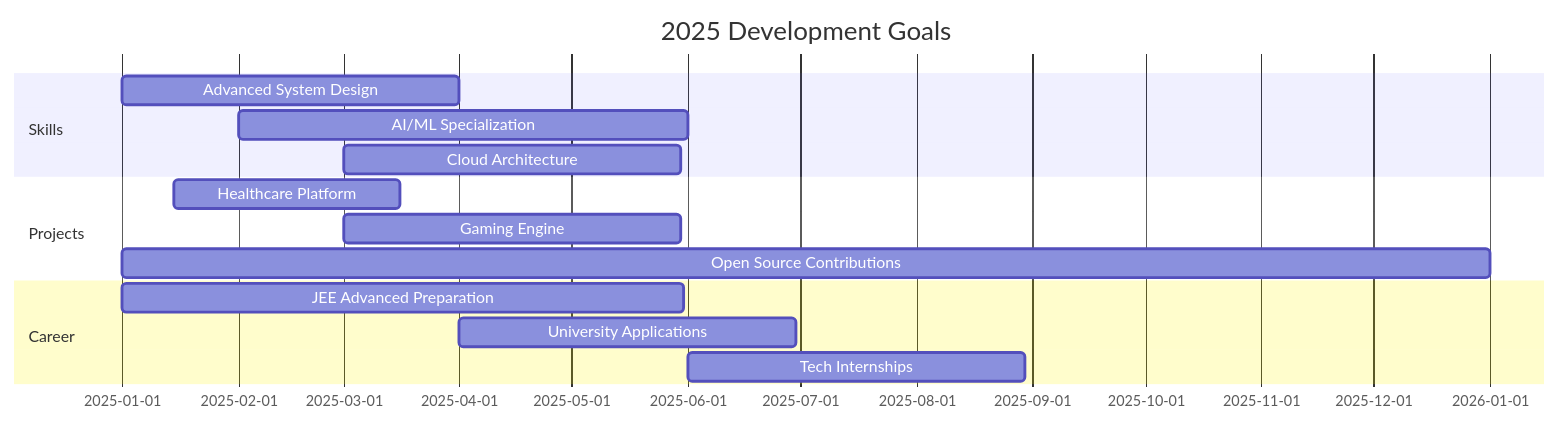
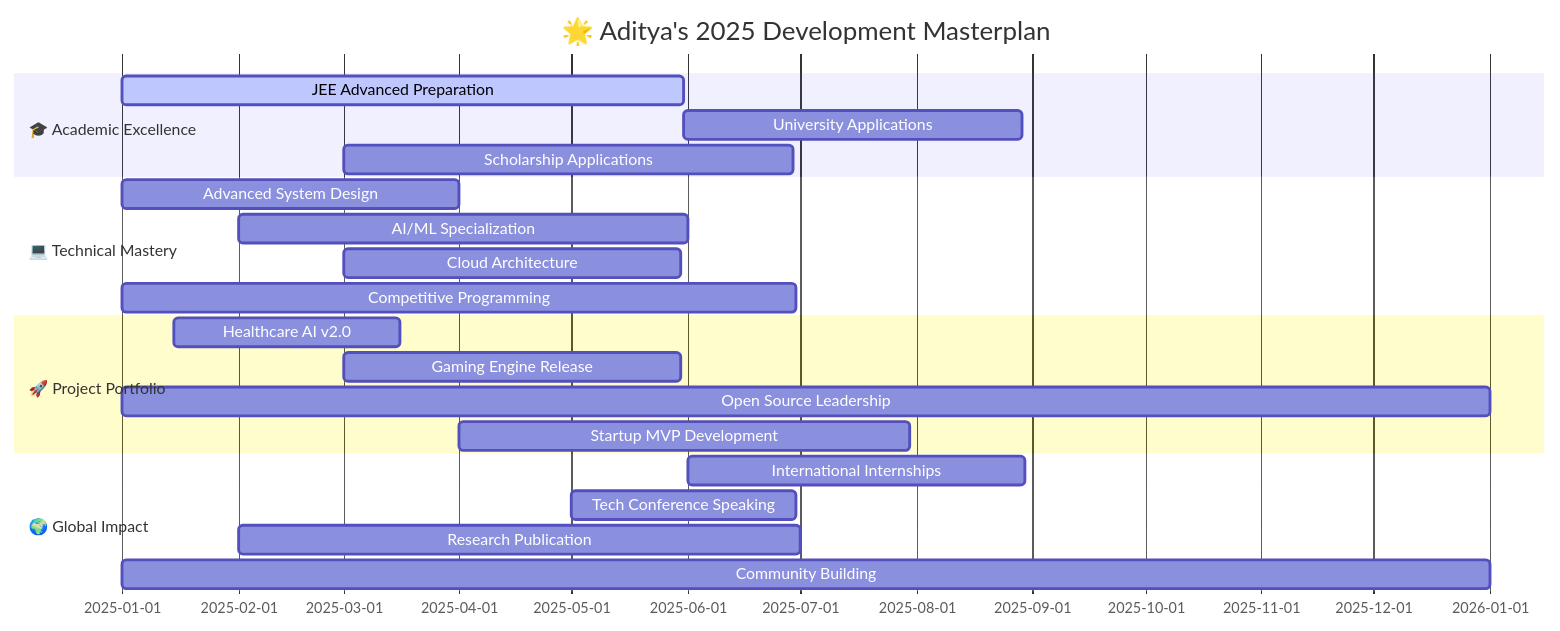
One commit to adityagupta0251/adityagupta0251 changed the diagram in README.md. Above: the diagram before and after it, drawn with Mermaid. The commit also changed other lines of this file, not shown here.

````diff
--- a/README.md
+++ b/README.md
@@ -372,17 +397,28 @@
 ```mermaid
 gantt
-    title 2025 Development Goals
+    title 🌟 Aditya's 2025 Development Masterplan
     dateFormat  YYYY-MM-DD
-    section Skills
-    Advanced System Design     :2025-01-01, 90d
-    AI/ML Specialization      :2025-02-01, 120d
-    Cloud Architecture        :2025-03-01, 90d
-    section Projects
-    Healthcare Platform       :2025-01-15, 60d
-    Gaming Engine            :2025-03-01, 90d
-    Open Source Contributions:2025-01-01, 365d
-    section Career
-    JEE Advanced Preparation :2025-01-01, 150d
-    University Applications  :2025-04-01, 90d
-    Tech Internships        :2025-06-01, 90d
+    
+    section 🎓 Academic Excellence
+    JEE Advanced Preparation    :active, jee, 2025-01-01, 150d
+    University Applications     :uni, after jee, 90d
+    Scholarship Applications    :scholar, 2025-03-01, 120d
+    
+    section 💻 Technical Mastery
+    Advanced System Design      :design, 2025-01-01, 90d
+    AI/ML Specialization       :aiml, 2025-02-01, 120d
+    Cloud Architecture         :cloud, 2025-03-01, 90d
+    Competitive Programming    :cp, 2025-01-01, 180d
+    
+    section 🚀 Project Portfolio
+    Healthcare AI v2.0         :health, 2025-01-15, 60d
+    Gaming Engine Release      :game, 2025-03-01, 90d
+    Open Source Leadership     :oss, 2025-01-01, 365d
+    Startup MVP Development    :startup, 2025-04-01, 120d
+    
+    section 🌍 Global Impact
+    International Internships  :intern, 2025-06-01, 90d
+    Tech Conference Speaking   :speak, 2025-05-01, 60d
+    Research Publication       :research, 2025-02-01, 150d
+    Community Building         :community, 2025-01-01, 365d
 ```
````
